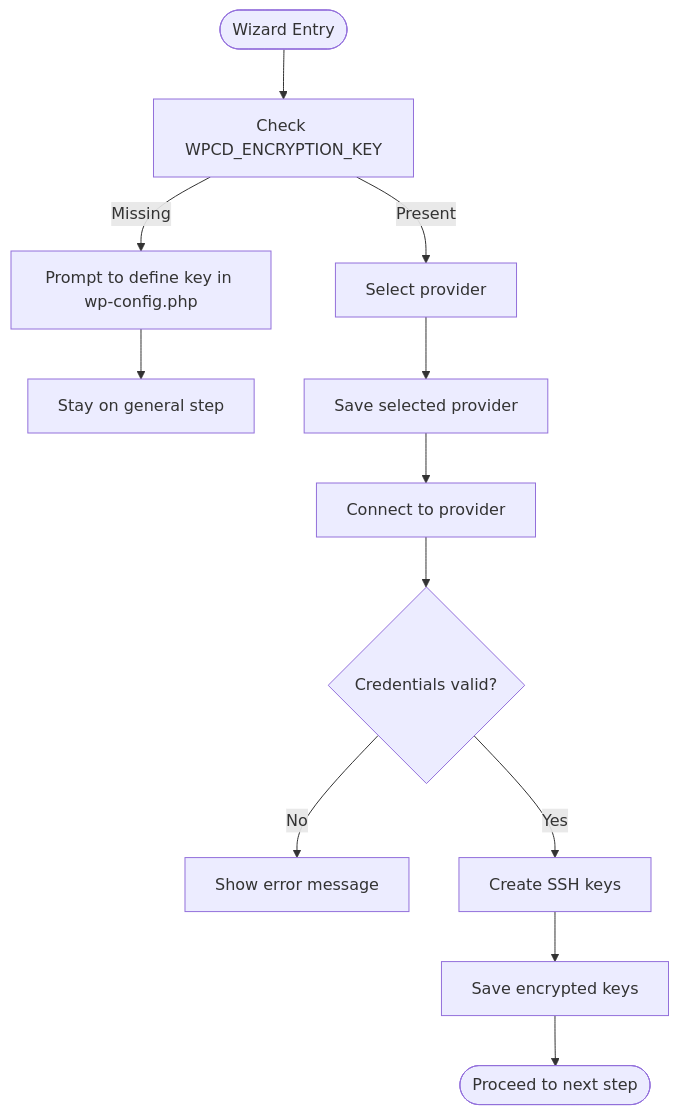
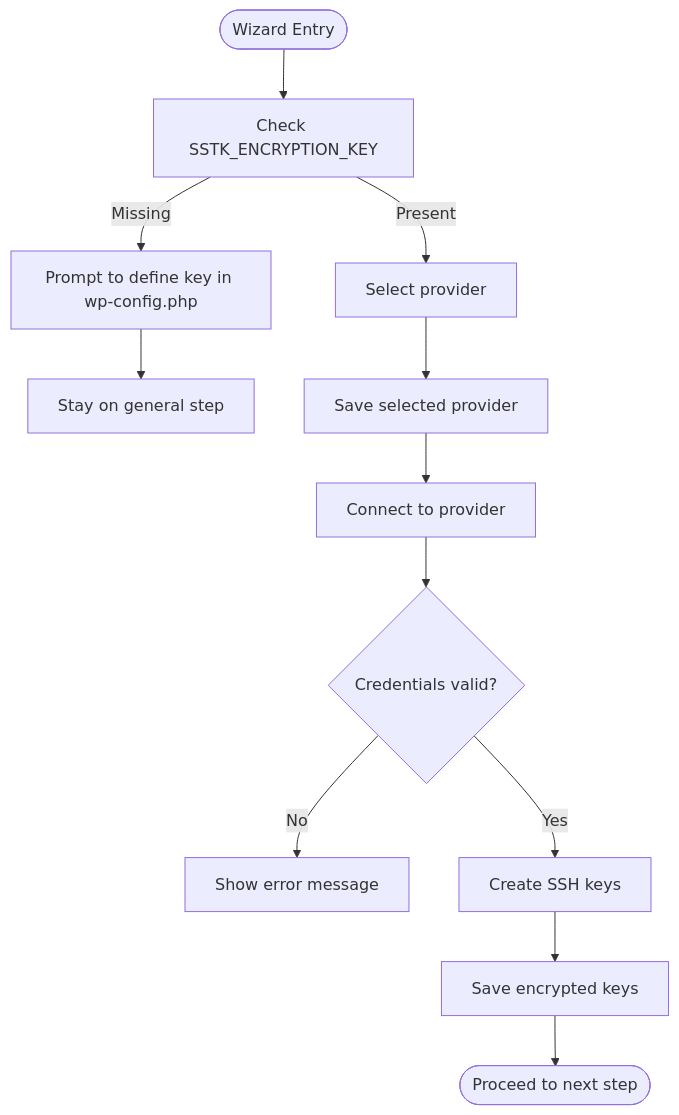
The fourth of 8 diagrams in .qoder/repowiki/en/content/Core Components/Settings Management System.md (onedogsolutions/simple-stack), drawn with Mermaid before and after one commit. The commit also changed other lines of this file and 5941 other files, not shown here.

````diff
--- a/.qoder/repowiki/en/content/Core Components/Settings Management System.md
+++ b/.qoder/repowiki/en/content/Core Components/Settings Management System.md
@@ -177,14 +177,14 @@
 ```mermaid
 flowchart TD
-Start([Wizard Entry]) --> CheckEncryption["Check WPCD_ENCRYPTION_KEY"]
+Start([Wizard Entry]) --> CheckEncryption["Check SSTK_ENCRYPTION_KEY"]
 CheckEncryption --> |Missing| PromptKey["Prompt to define key in wp-config.php"]
 PromptKey --> StayStep["Stay on general step"]
 CheckEncryption --> |Present| SelectProvider["Select provider"]
 SelectProvider --> SaveProvider["Save selected provider"]
 SaveProvider --> ConnectProvider["Connect to provider"]
 ConnectProvider --> ValidateCreds{"Credentials valid?"}
 ValidateCreds --> |No| ErrorMsg["Show error message"]
 ValidateCreds --> |Yes| CreateSSHKeys["Create SSH keys"]
 CreateSSHKeys --> SaveKeys["Save encrypted keys"]
 SaveKeys --> NextStep(["Proceed to next step"])
 ```
````
